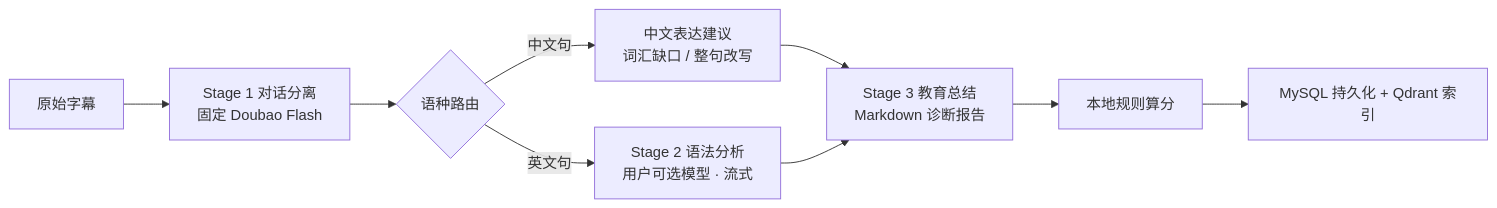
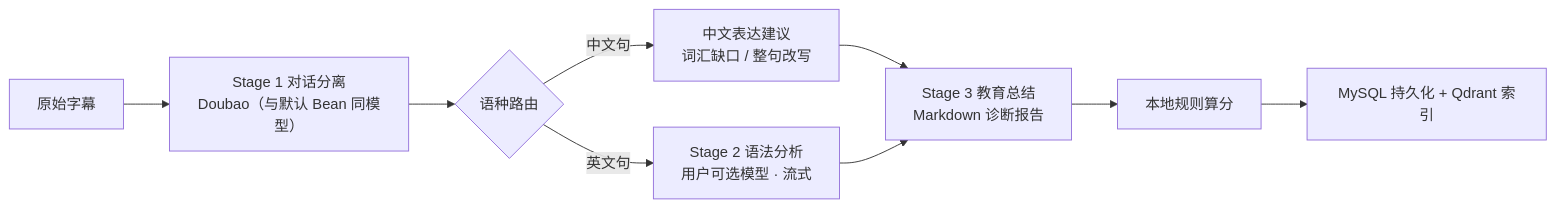
One commit to oddity123/khan_kiddo_v2 changed the diagram in README.md. Above: the diagram before and after it, drawn with Mermaid. The commit also changed other lines of this file and 14 other files, not shown here.

````diff
--- a/README.md
+++ b/README.md
@@ -21,11 +21,11 @@
 ```mermaid
 flowchart LR
-    A[原始字幕] --> B["Stage 1 对话分离<br/>固定 Doubao Flash"]
+    A[原始字幕] --> B["Stage 1 对话分离<br/>Doubao（与默认 Bean 同模型）"]
     B --> C{语种路由}
     C -->|中文句| D["中文表达建议<br/>词汇缺口 / 整句改写"]
     C -->|英文句| E["Stage 2 语法分析<br/>用户可选模型 · 流式"]
     D --> F["Stage 3 教育总结<br/>Markdown 诊断报告"]
     E --> F
     F --> G["本地规则算分"]
     G --> H["MySQL 持久化 + Qdrant 索引"]
 ```
````
